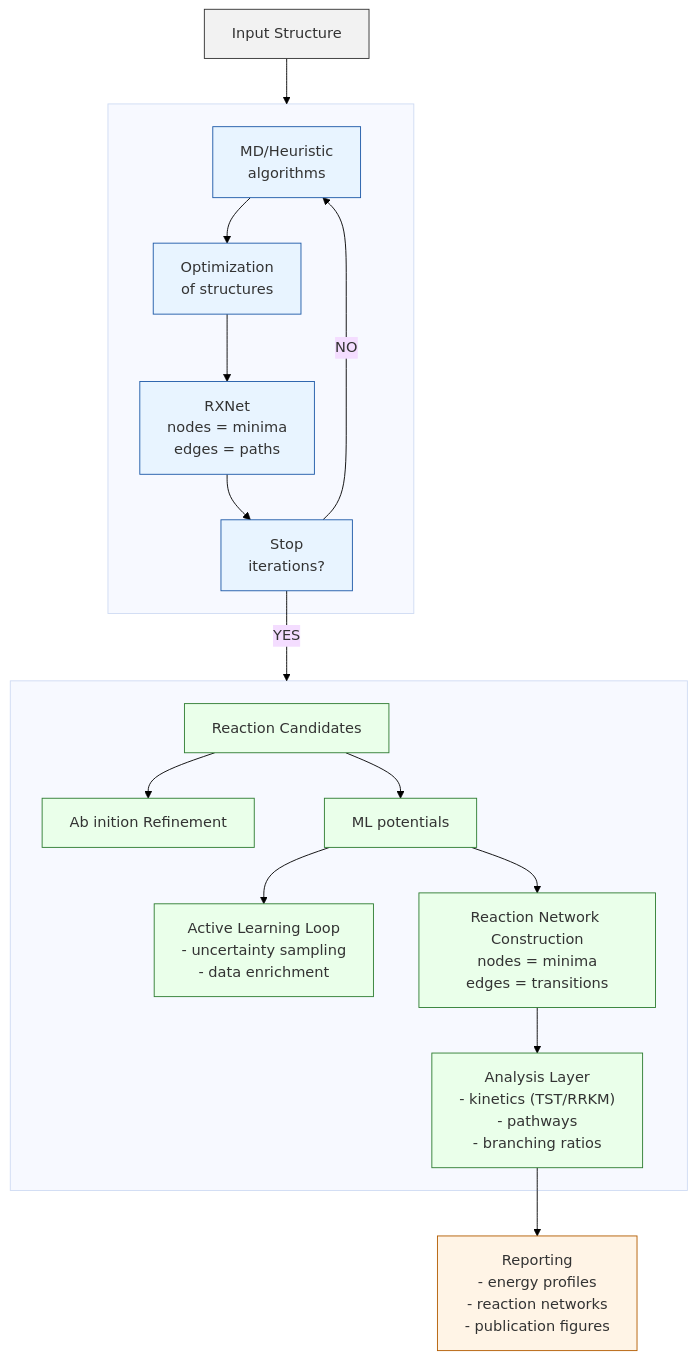
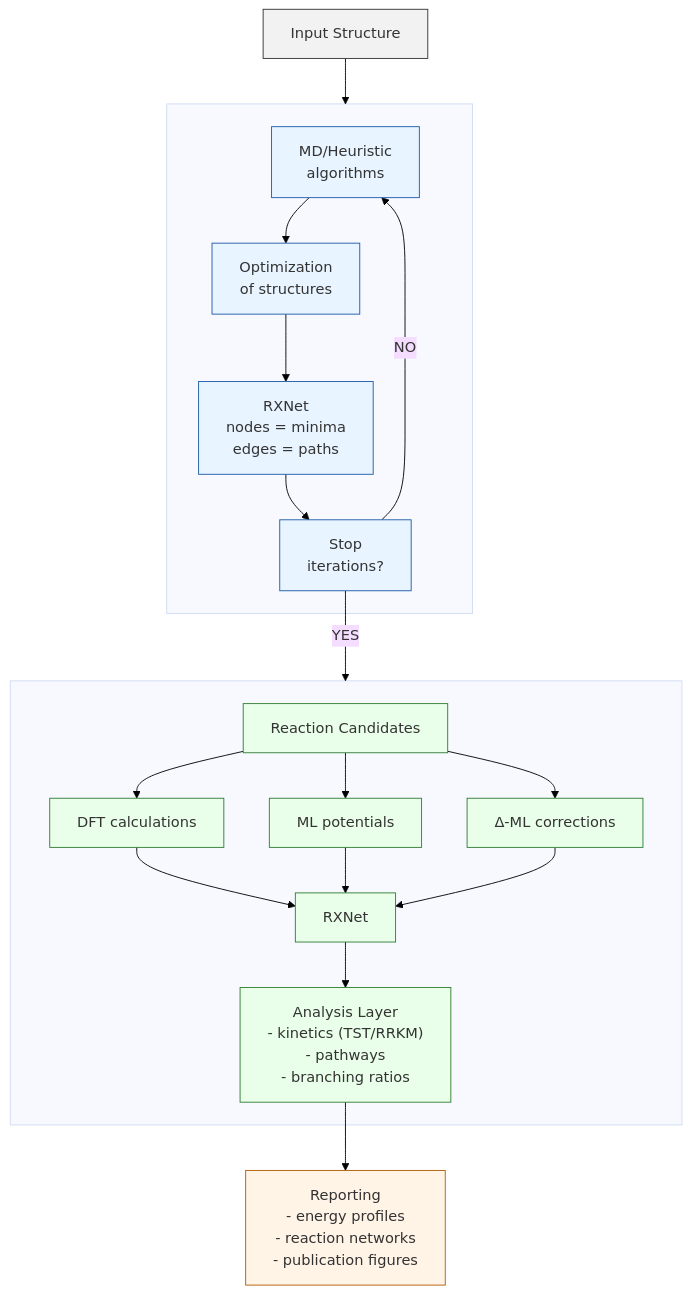
The diagram in diagrams/diagrama.mmd (emartineznunez/mermaid), drawn with Mermaid before and after one commit.

```diff
--- a/diagrams/diagrama.mmd
+++ b/diagrams/diagrama.mmd
@@ -1,67 +1,69 @@
 %%{init: {
   'theme': 'base',
   'themeVariables': {
     'background': '#ffffff'
   }
 }}%%
 
 flowchart TD
 
 %% =========================
 %% Input
 %% =========================
 A["Input Structure"]
 
 %% =========================
 %% Exploration layer
 %% =========================
 subgraph EXP[" "]
 B1["MD/Heuristic\n algorithms "]
 B2["Optimization\n of structures"]
 B3["RXNet\nnodes = minima\nedges = paths"]
 B4["Stop\niterations?"]
 
 B1 --> B2 --> B3 --> B4
 B4 -->|NO| B1
 end
 
 A --> EXP
 
 %% =========================
 %% Refinement layer
 %% =========================
 subgraph REF[" "]
 C[Reaction Candidates]
 
-C --> D["Ab inition Refinement"]
+C --> D["DFT calculations"]
 C --> E["ML potentials"]
+C --> F["Δ-ML corrections"]
 
-E --> F["Active Learning Loop\n- uncertainty sampling\n- data enrichment"]
-E --> G["Reaction Network Construction\nnodes = minima\nedges = transitions"]
+D --> G["RXNet"]
+E --> G
+F --> G
 
 G --> H["Analysis Layer\n- kinetics (TST/RRKM)\n- pathways\n- branching ratios"]
 end
 
 B4 -->|YES| REF
 
 %% =========================
 %% Output
 %% =========================
 H --> I["Reporting\n- energy profiles\n- reaction networks\n- publication figures"]
 
 %% =========================
 %% STYLING
 %% =========================
 
 classDef inputFill fill:#f2f2f2,stroke:#333,stroke-width:1px,fill-opacity:1;
 classDef expFill fill:#e8f4ff,stroke:#1e5aa8,stroke-width:1px,fill-opacity:1;
 classDef refFill fill:#eaffea,stroke:#2f7d32,stroke-width:1px,fill-opacity:1;
 classDef outFill fill:#fff4e6,stroke:#b35c00,stroke-width:1px,fill-opacity:1;
 
 class A inputFill;
 
 class B1,B2,B3,B4 expFill;
 
 class C,D,E,F,G,H refFill;
 
 class I outFill;
```
